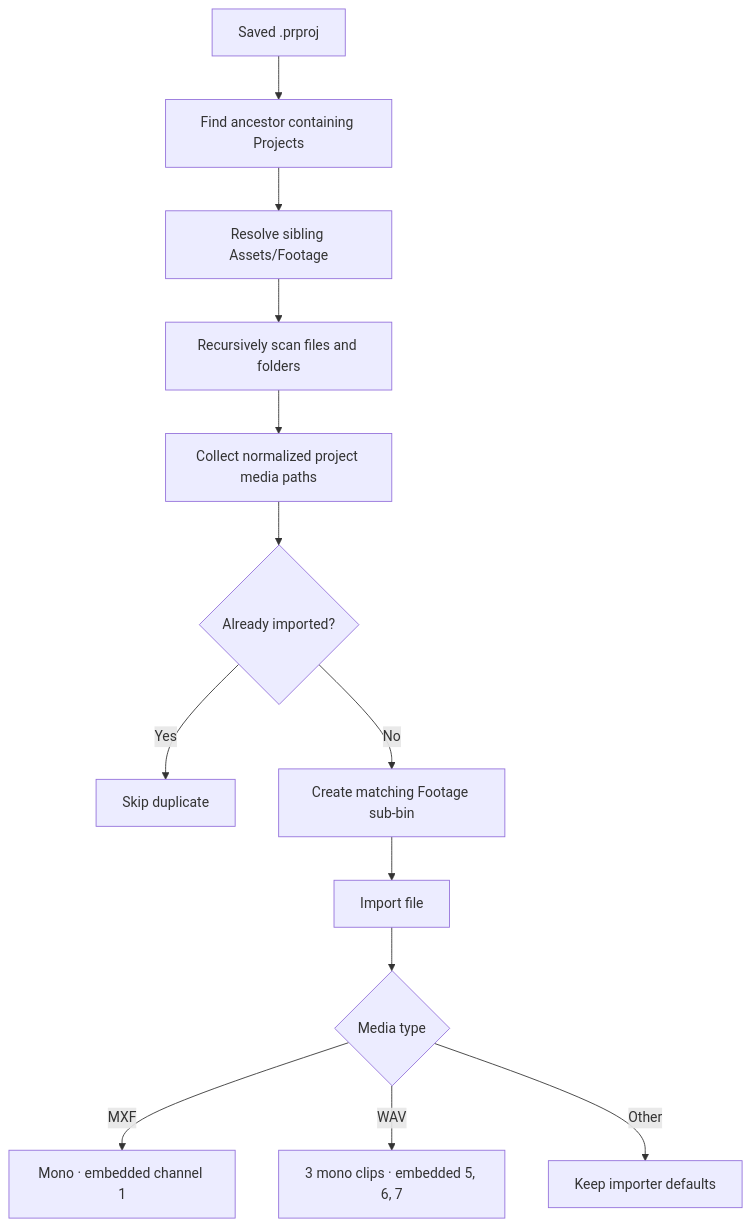
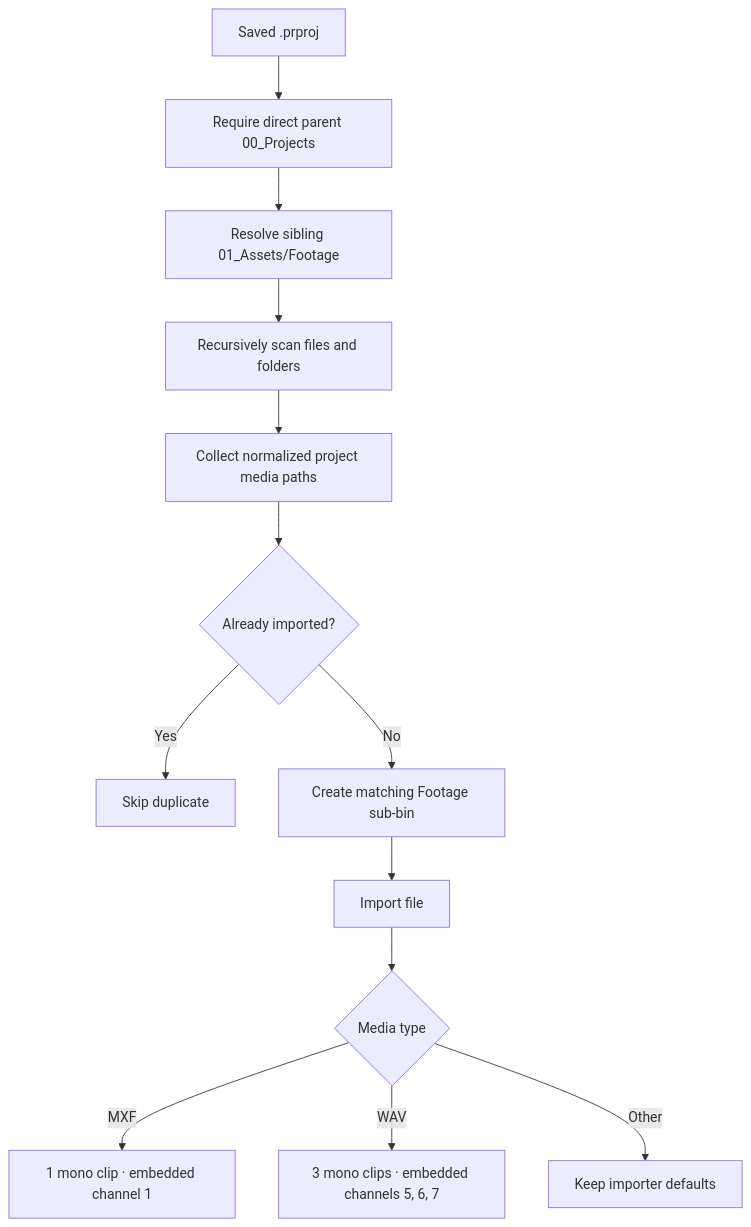
Before and after one commit to andersaucy/Unscripted-Podcast: the second of 3 diagrams in docs/ARCHITECTURE.md, drawn with Mermaid. The commit also changed other lines of this file and 13 other files, not shown here.

````diff
--- a/docs/ARCHITECTURE.md
+++ b/docs/ARCHITECTURE.md
@@ -98,15 +69,15 @@
 ```mermaid
 flowchart TD
-    Project["Saved .prproj"] --> Projects["Find ancestor containing Projects"]
-    Projects --> Footage["Resolve sibling Assets/Footage"]
+    Project["Saved .prproj"] --> Projects["Require direct parent 00_Projects"]
+    Projects --> Footage["Resolve sibling 01_Assets/Footage"]
     Footage --> Scan["Recursively scan files and folders"]
     Scan --> Existing["Collect normalized project media paths"]
     Existing --> Import{"Already imported?"}
     Import -- Yes --> Skip["Skip duplicate"]
     Import -- No --> Mirror["Create matching Footage sub-bin"]
     Mirror --> Add["Import file"]
     Add --> Type{"Media type"}
-    Type -- MXF --> MXF["Mono · embedded channel 1"]
-    Type -- WAV --> WAV["3 mono clips · embedded 5, 6, 7"]
+    Type -- MXF --> MXF["1 mono clip · embedded channel 1"]
+    Type -- WAV --> WAV["3 mono clips · embedded channels 5, 6, 7"]
     Type -- Other --> Done["Keep importer defaults"]
 ```
````
